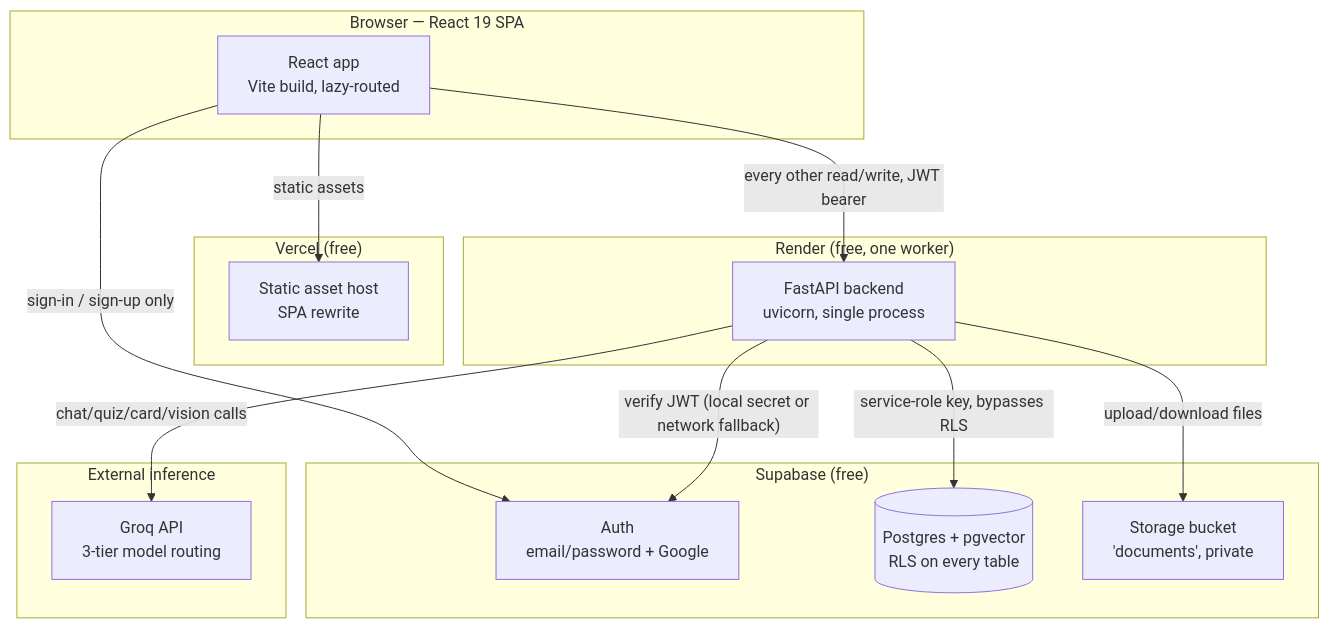
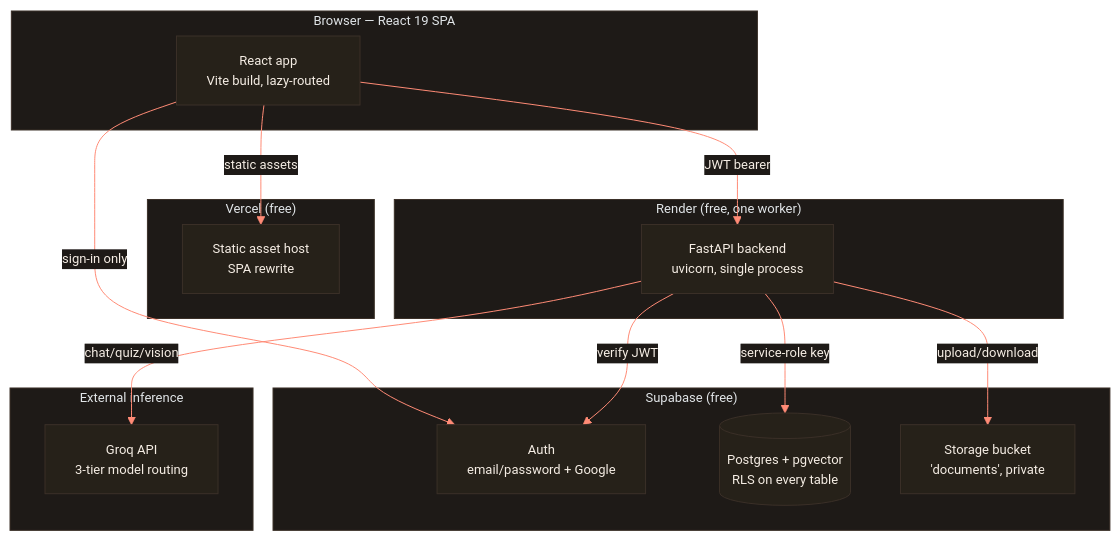
One commit to Abiram116/New-Space-Learn changed the first of 2 diagrams in README.md. Above: the diagram before and after it, drawn with Mermaid. The commit also changed other lines of this file and 5 other files, not shown here.

````diff
--- a/README.md
+++ b/README.md
@@ -172,32 +228,39 @@
 ```mermaid
+%%{init: {'theme':'base', 'themeVariables': {
+  'primaryColor': '#262119', 'primaryTextColor': '#f5ede4', 'primaryBorderColor': '#ff5a3c',
+  'lineColor': '#ff8b76', 'secondaryColor': '#0e2f34', 'tertiaryColor': '#1e1a17',
+  'background': '#1e1a17', 'mainBkg': '#262119', 'nodeBorder': '#3b3028',
+  'clusterBkg': '#1e1a17', 'clusterBorder': '#3b3028', 'edgeLabelBackground': '#1e1a17',
+  'fontFamily': 'Courier New, monospace', 'fontSize': '13px'
+}}}%%
 flowchart TB
     subgraph Client["Browser — React 19 SPA"]
         UI[React app<br/>Vite build, lazy-routed]
     end
 
     subgraph Vercel["Vercel (free)"]
         Static[Static asset host<br/>SPA rewrite]
     end
 
     subgraph Render["Render (free, one worker)"]
         API[FastAPI backend<br/>uvicorn, single process]
     end
 
     subgraph Supabase["Supabase (free)"]
         Auth[Auth<br/>email/password + Google]
         PG[(Postgres + pgvector<br/>RLS on every table)]
         Storage[Storage bucket<br/>'documents', private]
     end
 
     subgraph External["External inference"]
         Groq[Groq API<br/>3-tier model routing]
     end
 
-    UI -- "sign-in / sign-up only" --> Auth
+    UI -- "sign-in only" --> Auth
     UI -- "static assets" --> Static
-    UI -- "every other read/write, JWT bearer" --> API
-    API -- "service-role key, bypasses RLS" --> PG
-    API -- "verify JWT (local secret or network fallback)" --> Auth
-    API -- "upload/download files" --> Storage
-    API -- "chat/quiz/card/vision calls" --> Groq
+    UI -- "JWT bearer" --> API
+    API -- "service-role key" --> PG
+    API -- "verify JWT" --> Auth
+    API -- "upload/download" --> Storage
+    API -- "chat/quiz/vision" --> Groq
 ```
````
